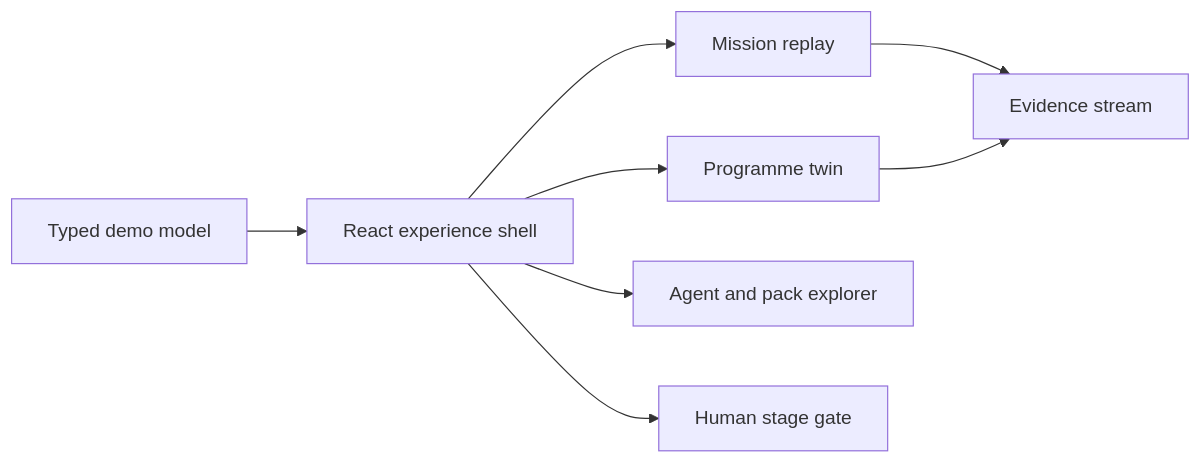
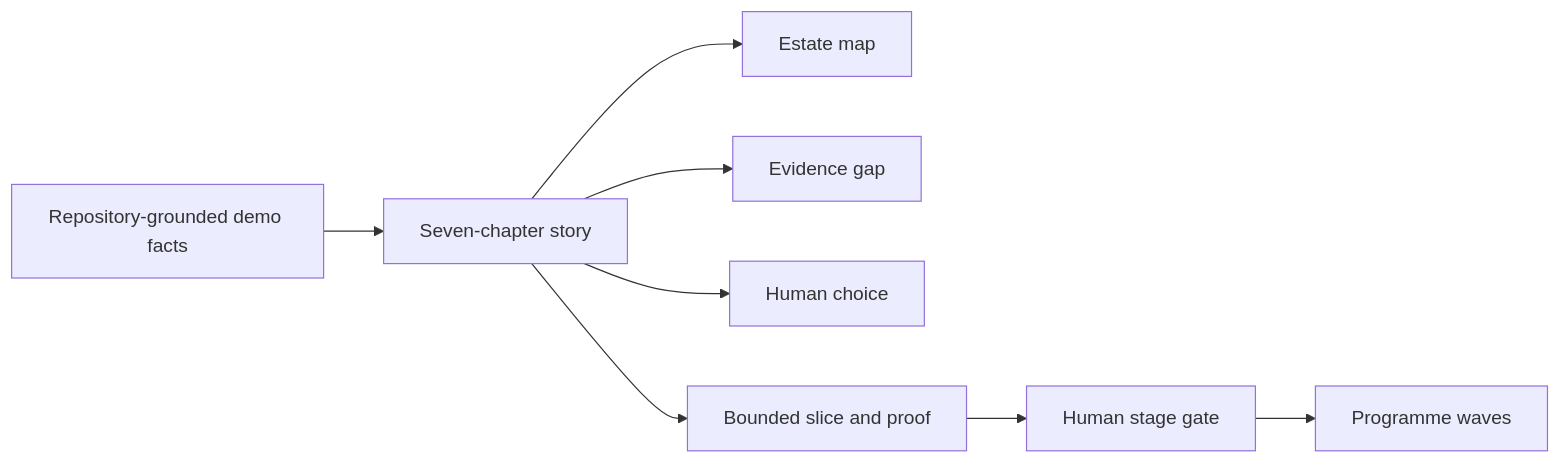
Before and after one commit to ravi0130/CopilotWith-RVAS: the first of 2 diagrams in docs/ARCHITECTURE.md, drawn with Mermaid. The commit also changed other lines of this file and 6 other files, not shown here.

````diff
--- a/docs/ARCHITECTURE.md
+++ b/docs/ARCHITECTURE.md
@@ -7,10 +7,10 @@
 ```mermaid
 flowchart LR
-    D[Typed demo model] --> A[React experience shell]
-    A --> M[Mission replay]
-    A --> T[Programme twin]
-    A --> X[Agent and pack explorer]
-    A --> G[Human stage gate]
-    M --> E[Evidence stream]
-    T --> E
+    D[Repository-grounded demo facts] --> S[Seven-chapter story]
+    S --> M[Estate map]
+    S --> E[Evidence gap]
+    S --> C[Human choice]
+    S --> P[Bounded slice and proof]
+    P --> G[Human stage gate]
+    G --> W[Programme waves]
 ```
````
